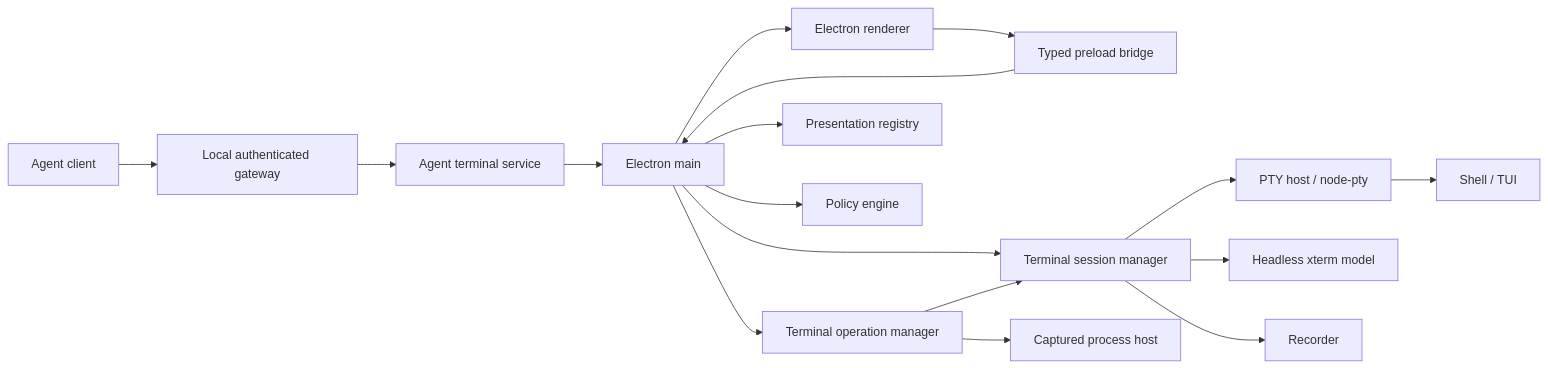
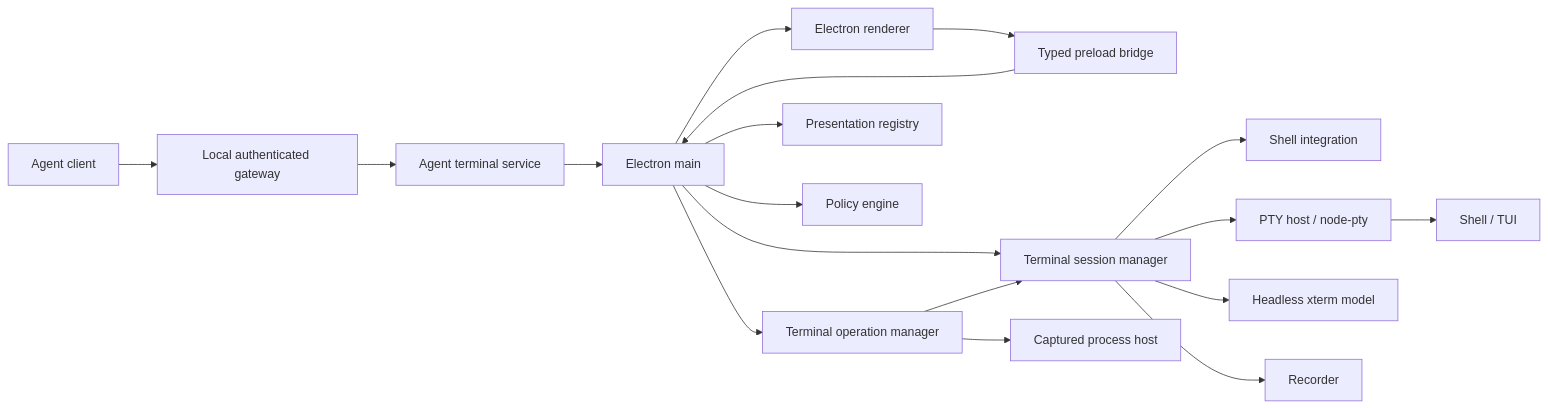
One commit to procontexthq/procontext-terminal changed the first of 2 diagrams in docs/specs/terminal-architecture.md. Above: the diagram before and after it, drawn with Mermaid. The commit also changed other lines of this file and 31 other files, not shown here.

Commit message:
feat: add trusted shell integration

````diff
--- a/docs/specs/terminal-architecture.md
+++ b/docs/specs/terminal-architecture.md
@@ -34,19 +34,20 @@
 ```mermaid
 flowchart LR
   Agent["Agent client"] --> Gateway["Local authenticated gateway"]
   Gateway --> Service["Agent terminal service"]
   Renderer["Electron renderer"] --> Preload["Typed preload bridge"]
   Preload --> Main["Electron main"]
   Service --> Main
   Main --> Sessions["Terminal session manager"]
   Main --> Operations["Terminal operation manager"]
   Operations --> Sessions
   Operations --> Captured["Captured process host"]
+  Sessions --> Integration["Shell integration"]
   Sessions --> PTY["PTY host / node-pty"]
   Sessions --> Model["Headless xterm model"]
   Sessions --> Recorder["Recorder"]
   Main --> Presentation["Presentation registry"]
   Main --> Policy["Policy engine"]
   PTY --> Shell["Shell / TUI"]
   Main --> Renderer
 ```
````
